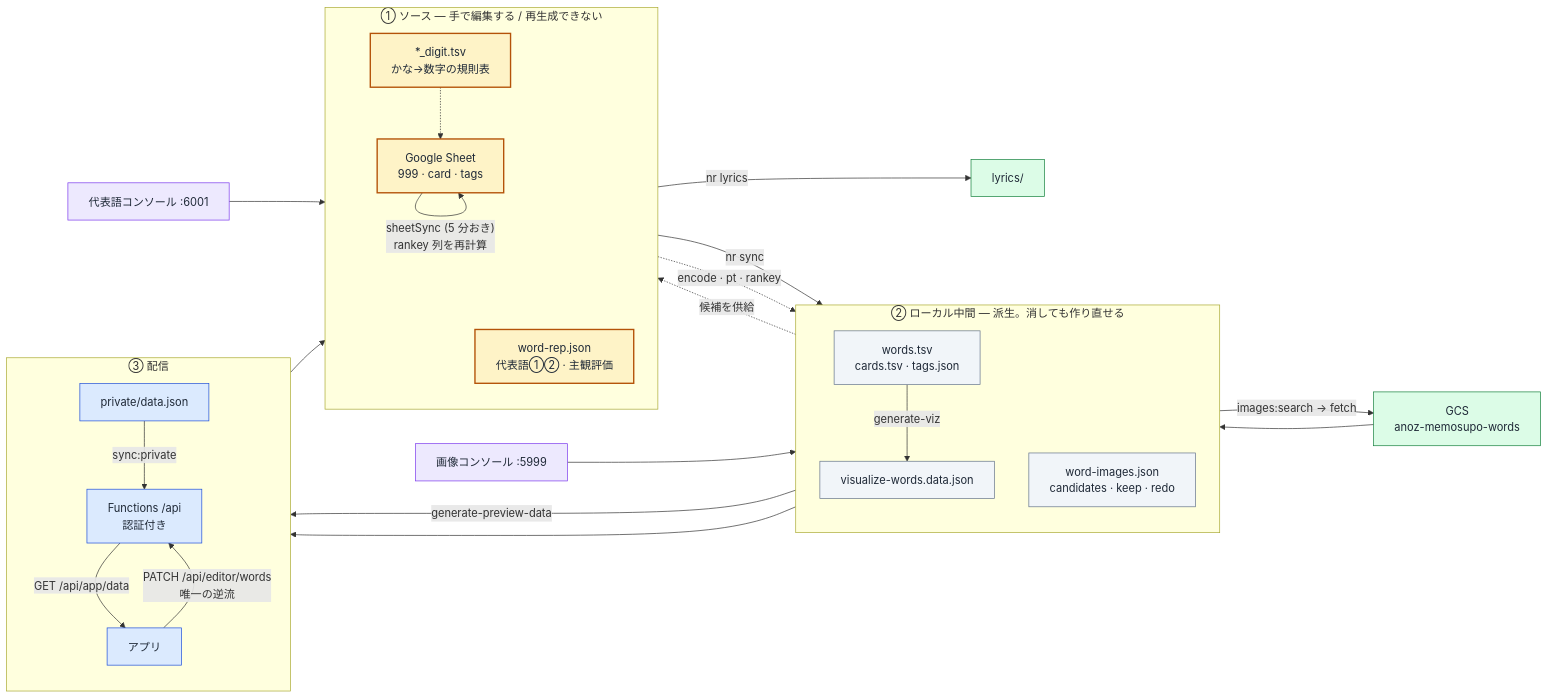
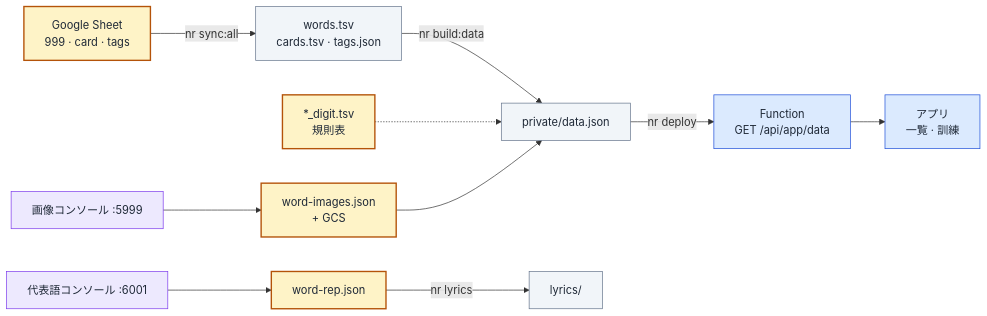
Before and after one commit to elzup/999: the second of 5 diagrams in docs/data-flow.md, drawn with Mermaid. The commit also changed other lines of this file, not shown here.

First line of the commit message:
docs: データフローを Firestore 双方向同期の今の形に書き直し、図を足す

````diff
--- a/docs/data-flow.md
+++ b/docs/data-flow.md
@@ -14,56 +47,33 @@
 ```mermaid
 flowchart LR
-  subgraph SRC["① ソース — 手で編集する / 再生成できない"]
-    direction TB
-    Sheet["Google Sheet<br/>999 · card · tags"]
-    Rules["*_digit.tsv<br/>かな→数字の規則表"]
-    Rep["word-rep.json<br/>代表語①② · 主観評価"]
-  end
-
-  subgraph MID["② ローカル中間 — 派生。消しても作り直せる"]
-    direction TB
-    Tsv["words.tsv<br/>cards.tsv · tags.json"]
-    Viz["visualize-words.data.json"]
-    Img["word-images.json<br/>candidates · keep · redo"]
-  end
-
-  subgraph OUT["③ 配信"]
-    direction TB
-    Priv["private/data.json"]
-    Fn["Functions /api<br/>認証付き"]
-    App["アプリ"]
-  end
-
-  GCS["GCS<br/>anoz-memosupo-words"]
+  Sheet["Google Sheet<br/>999 · card · tags"]
+  Rules["*_digit.tsv<br/>規則表"]
+  Img["word-images.json<br/>+ GCS"]
+  Rep["word-rep.json"]
+  ImgUI["画像コンソール :5999"]
+  RepUI["代表語コンソール :6001"]
+  Tsv["words.tsv<br/>cards.tsv · tags.json"]
+  Priv["private/data.json"]
+  Data["Function<br/>GET /api/app/data"]
+  App["アプリ<br/>一覧 · 訓練"]
   Lyr["lyrics/"]
 
-  Sheet -->|"nr sync"| Tsv
-  Tsv -->|"generate-viz"| Viz
-  Rules -.->|"encode · pt · rankey"| Viz
-  Rules -.-> Sheet
-  Viz -->|"generate-preview-data"| Priv
+  Sheet -->|"nr sync:all"| Tsv
+  Tsv -->|"nr build:data"| Priv
+  Rules -.-> Priv
+  ImgUI --> Img
   Img --> Priv
-  Priv -->|"sync:private"| Fn
-  Fn -->|"GET /api/app/data"| App
-  App -->|"PATCH /api/editor/words<br/>唯一の逆流"| Fn
-  Fn --> Sheet
-  Sheet -->|"sheetSync (5 分おき)<br/>rankey 列を再計算"| Sheet
-  Tsv -->|"images:search → fetch"| GCS
-  GCS --> Img
-  Tsv -.->|"候補を供給"| Rep
+  Priv -->|"nr deploy"| Data
+  Data --> App
+  RepUI --> Rep
   Rep -->|"nr lyrics"| Lyr
-
-  RepUI["代表語コンソール :6001"] --> Rep
-  ImgUI["画像コンソール :5999"] --> Img
 
   classDef src fill:#fef3c7,stroke:#b45309,stroke-width:2px,color:#1f2937
   classDef mid fill:#f1f5f9,stroke:#64748b,color:#1f2937
   classDef out fill:#dbeafe,stroke:#1d4ed8,color:#1f2937
   classDef ui fill:#ede9fe,stroke:#7c3aed,color:#1f2937
-  classDef ext fill:#dcfce7,stroke:#15803d,color:#1f2937
-  class Sheet,Rules,Rep src
-  class Tsv,Viz,Img mid
-  class Priv,Fn,App out
-  class RepUI,ImgUI ui
-  class GCS,Lyr ext
+  class Sheet,Rules,Img,Rep src
+  class Tsv,Priv,Lyr mid
+  class Data,App out
+  class ImgUI,RepUI ui
 ```
````
